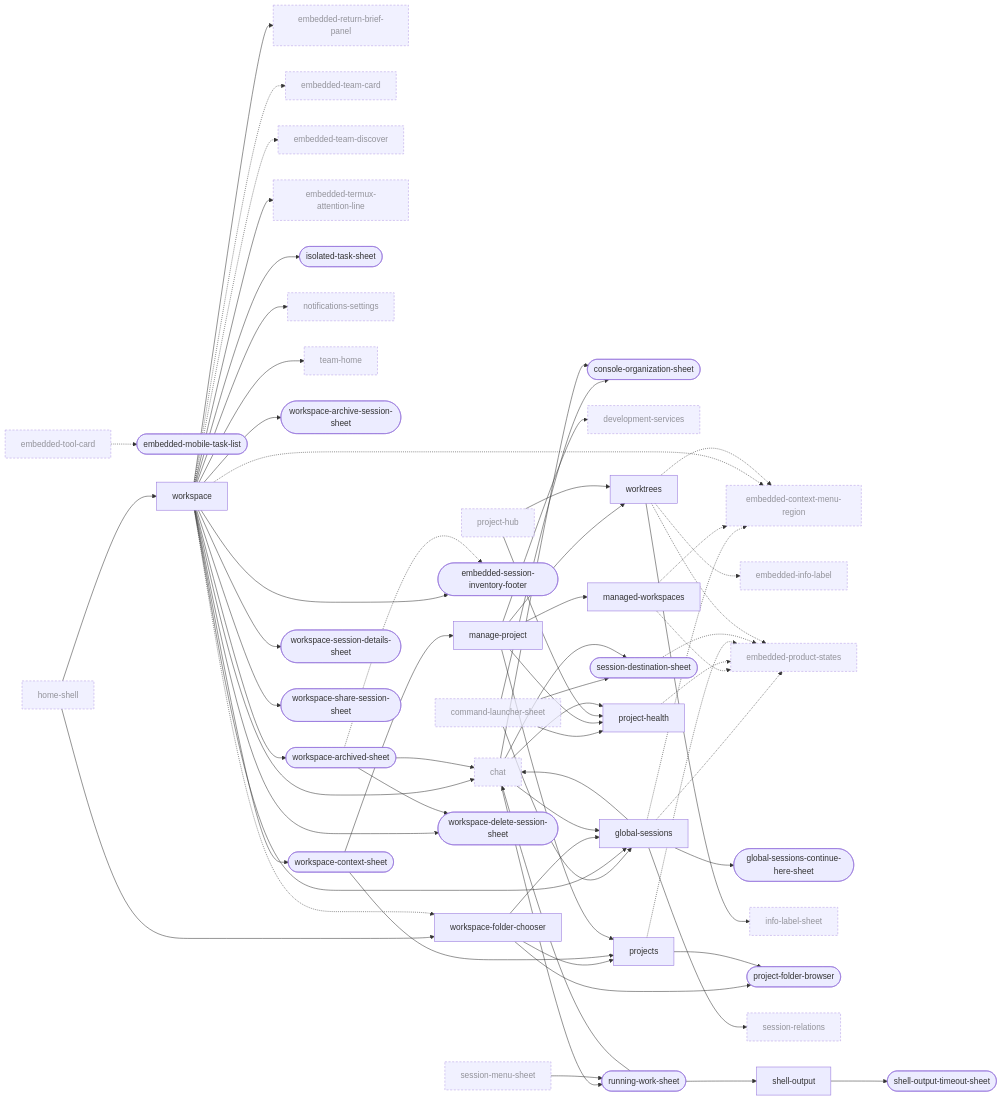
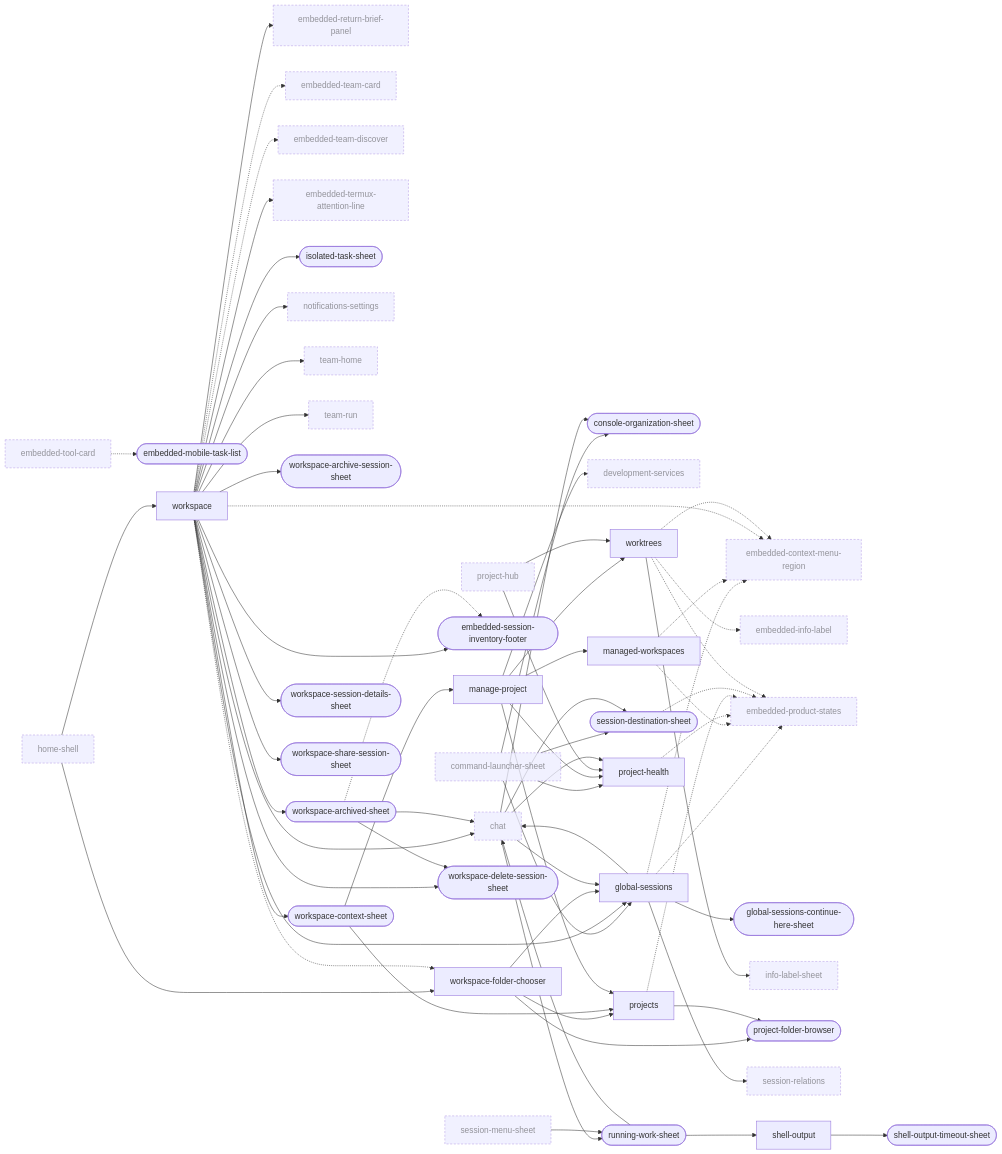
Before and after one commit to Breskott/opencode-mobile-next: the third of 10 diagrams in docs/design/ui-ledger/navigation.md, drawn with Mermaid. The commit also changed other lines of this file and 67 other files, not shown here.

```diff
--- a/docs/design/ui-ledger/navigation.md
+++ b/docs/design/ui-ledger/navigation.md
@@ -507,6 +507,7 @@
   shell_output["shell-output"]
   shell_output_timeout_sheet(["shell-output-timeout-sheet"])
   team_home["team-home"]:::ext
+  team_run["team-run"]:::ext
   workspace["workspace"]
   workspace_archive_session_sheet(["workspace-archive-session-sheet"])
   workspace_archived_sheet(["workspace-archived-sheet"])
@@ -537,6 +538,7 @@
   workspace --> workspace_archived_sheet
   workspace --> isolated_task_sheet
   workspace --> embedded_session_inventory_footer
+  workspace --> team_run
   workspace_folder_chooser --> projects
   workspace_folder_chooser --> global_sessions
   workspace_context_sheet --> projects
```
